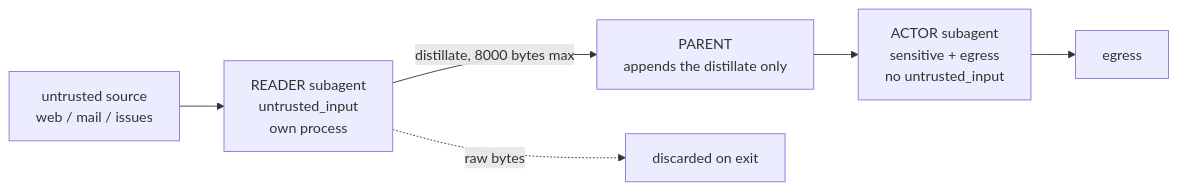
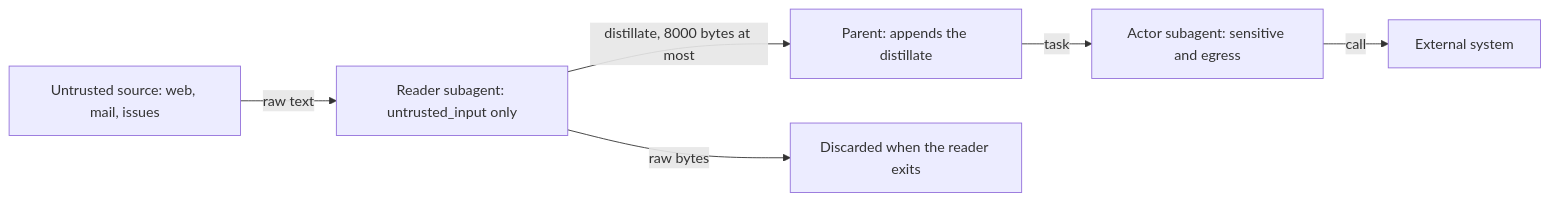
Before and after one commit to agentd-dev/source-code: the fourth of 4 diagrams in docs/security.md, drawn with Mermaid. The commit also changed other lines of this file and 110 other files, not shown here.

````diff
--- a/docs/security.md
+++ b/docs/security.md
@@ -510,8 +372,8 @@
 ```mermaid
 flowchart LR
-  U["untrusted source<br/>web / mail / issues"] --> R["READER subagent<br/>untrusted_input<br/>own process"]
-  R -- "distillate, 8000 bytes max" --> P["PARENT<br/>appends the distillate only"]
-  P --> A["ACTOR subagent<br/>sensitive + egress<br/>no untrusted_input"]
-  A --> E["egress"]
-  R -.->|"raw bytes"| X["discarded on exit"]
+  U["Untrusted source: web, mail, issues"] -->|"raw text"| R["Reader subagent: untrusted_input only"]
+  R -->|"distillate, 8000 bytes at most"| P["Parent: appends the distillate"]
+  P -->|"task"| A["Actor subagent: sensitive and egress"]
+  A -->|"call"| E["External system"]
+  R -->|"raw bytes"| X["Discarded when the reader exits"]
 ```
````
